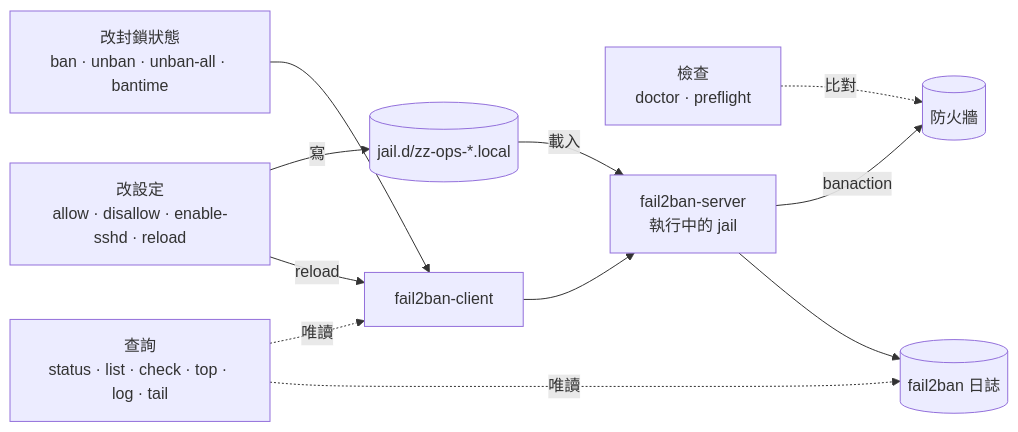
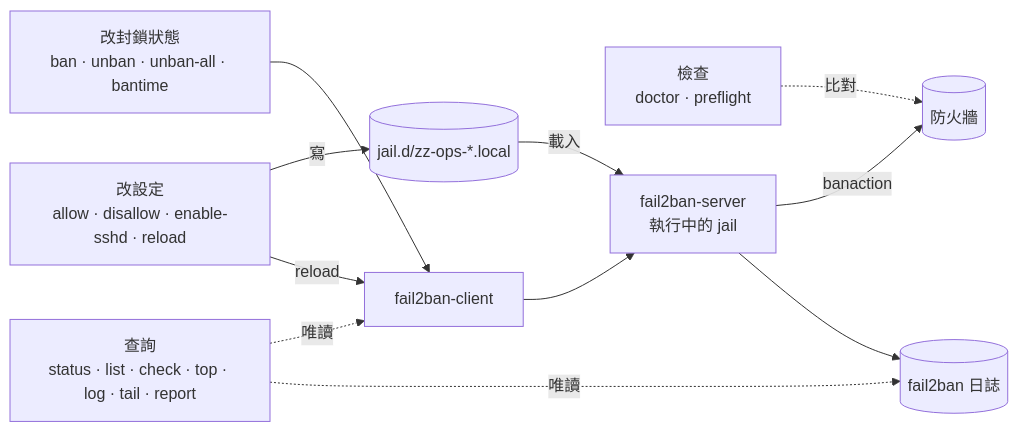
One commit to cxhil-yixian/OPS-command changed the second of 3 diagrams in FAIL2BAN/README.md. Above: the diagram before and after it, drawn with Mermaid. The commit also changed other lines of this file and 5 other files, not shown here.

````diff
--- a/FAIL2BAN/README.md
+++ b/FAIL2BAN/README.md
@@ -98,24 +98,24 @@
 ```mermaid
 flowchart LR
     g_state["改封鎖狀態<br/>ban · unban · unban-all · bantime"]
     g_conf["改設定<br/>allow · disallow · enable-sshd · reload"]
-    g_read["查詢<br/>status · list · check · top · log · tail"]
+    g_read["查詢<br/>status · list · check · top · log · tail · report"]
     g_doc["檢查<br/>doctor · preflight"]
 
     jaild[("jail.d/zz-ops-*.local")]
     client["fail2ban-client"]
     server["fail2ban-server<br/>執行中的 jail"]
     fw[("防火牆")]
     f2blog[("fail2ban 日誌")]
 
     g_state --> client
     g_conf -- 寫 --> jaild
     g_conf -- reload --> client
     g_read -. 唯讀 .-> client
     g_read -. 唯讀 .-> f2blog
     client --> server
     jaild -- 載入 --> server
     server -- banaction --> fw
     server --> f2blog
     g_doc -. 比對 .-> fw
 ```
````
